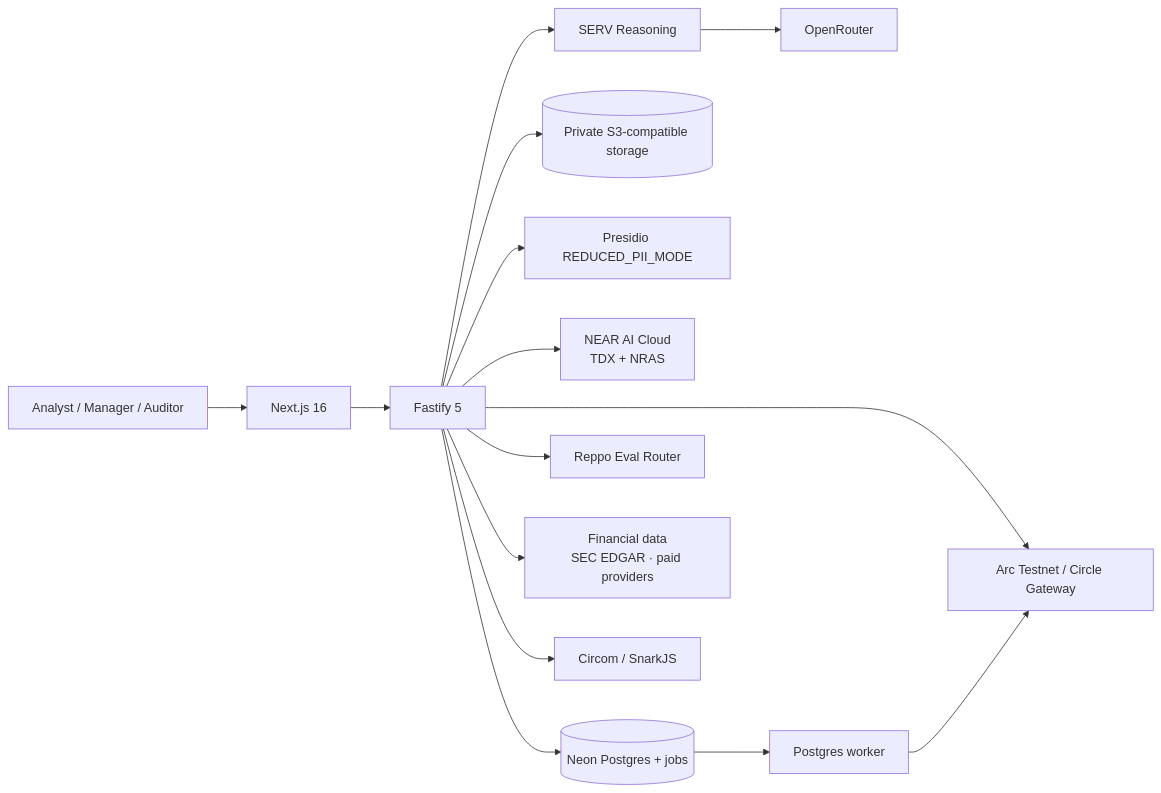
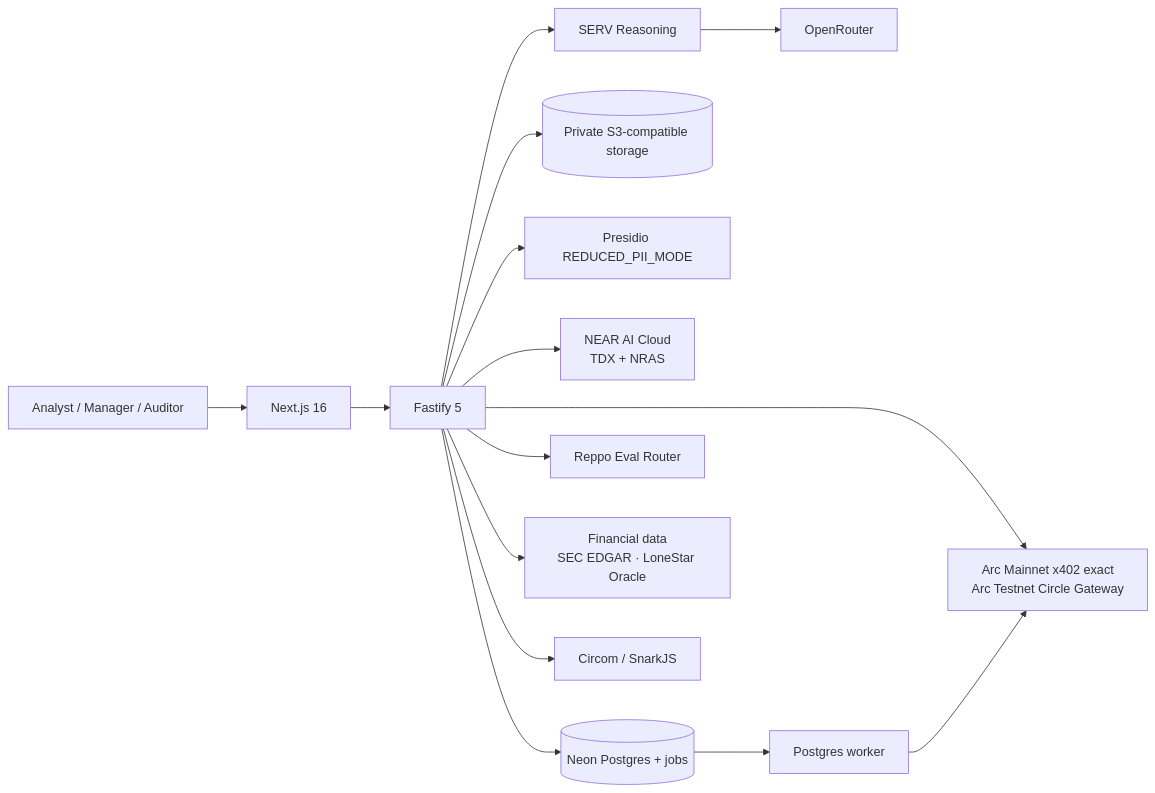
The diagram in docs/SUBMISSION.md (onyebuchidaniel60/Assay), drawn with Mermaid before and after one commit. The commit also changed other lines of this file and 58 other files, not shown here.

First line of the commit message:
docs: record verified Arc Mainnet payment and final demo

````diff
--- a/docs/SUBMISSION.md
+++ b/docs/SUBMISSION.md
@@ -48,17 +48,17 @@
 ```mermaid
 flowchart LR
   U[Analyst / Manager / Auditor] --> W[Next.js 16]
   W --> API[Fastify 5]
   API --> DB[(Neon Postgres + jobs)]
   API --> S3[(Private S3-compatible storage)]
   API --> P[Presidio REDUCED_PII_MODE]
   API --> N[NEAR AI Cloud\nTDX + NRAS]
   API --> S[SERV Reasoning]
   S --> O[OpenRouter]
   API --> R[Reppo Eval Router]
-  API --> FD[Financial data\nSEC EDGAR · paid providers]
-  API --> A[Arc Testnet / Circle Gateway]
+  API --> FD[Financial data\nSEC EDGAR · LoneStar Oracle]
+  API --> A[Arc Mainnet x402 exact\nArc Testnet Circle Gateway]
   API --> Z[Circom / SnarkJS]
   DB --> WK[Postgres worker]
   WK --> A
 ```
````
